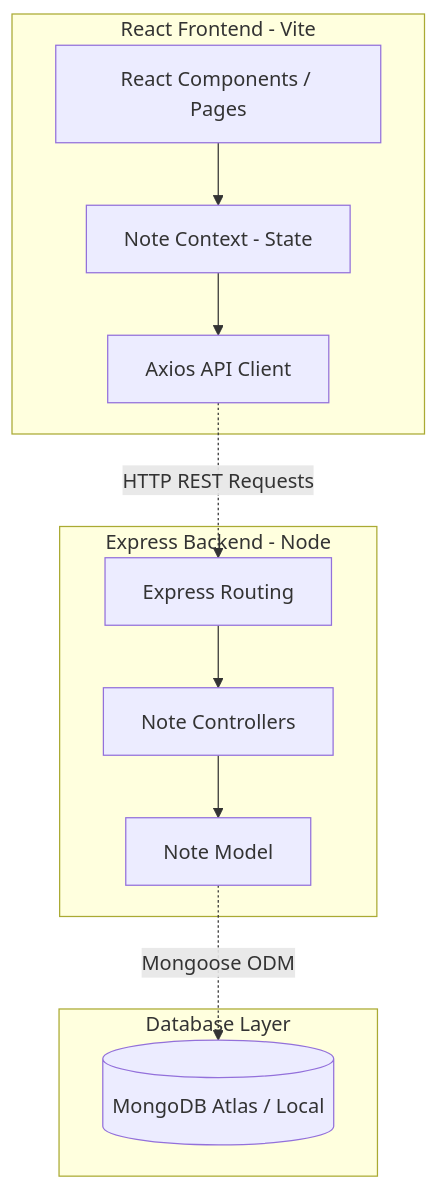
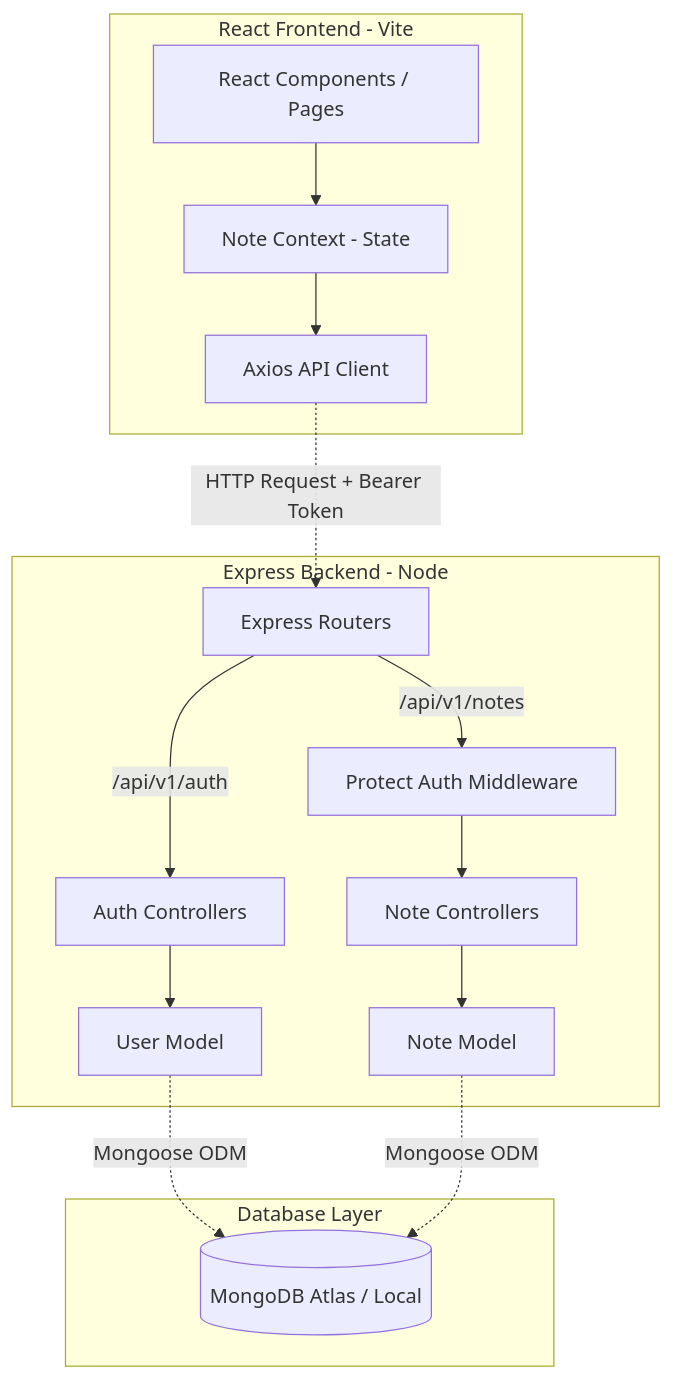
The diagram in README.md (shivamkumartech/NoteNest), drawn with Mermaid before and after one commit. The commit also changed other lines of this file, not shown here.

Commit message:
docs: update README with auth features, API references, and backend architecture

````diff
--- a/README.md
+++ b/README.md
@@ -39,24 +42,32 @@
 ```mermaid
 graph TD
     subgraph Frontend [React Frontend - Vite]
         UI[React Components / Pages]
         Ctx[Note Context - State]
         Ax[Axios API Client]
         UI --> Ctx
         Ctx --> Ax
     end
 
     subgraph Backend [Express Backend - Node]
-        Router[Express Routing]
-        Ctrl[Note Controllers]
-        Model[Note Model]
-        Ax -.->|HTTP REST Requests| Router
-        Router --> Ctrl
-        Ctrl --> Model
+        Router[Express Routers]
+        AuthMW[Protect Auth Middleware]
+        AuthCtrl[Auth Controllers]
+        NoteCtrl[Note Controllers]
+        UserModel[User Model]
+        NoteModel[Note Model]
+
+        Ax -.->|HTTP Request + Bearer Token| Router
+        Router -->|/api/v1/auth| AuthCtrl
+        Router -->|/api/v1/notes| AuthMW
+        AuthMW --> NoteCtrl
+        AuthCtrl --> UserModel
+        NoteCtrl --> NoteModel
     end
 
     subgraph Database [Database Layer]
         MDB[(MongoDB Atlas / Local)]
-        Model -.->|Mongoose ODM| MDB
+        UserModel -.->|Mongoose ODM| MDB
+        NoteModel -.->|Mongoose ODM| MDB
     end
 ```
````
